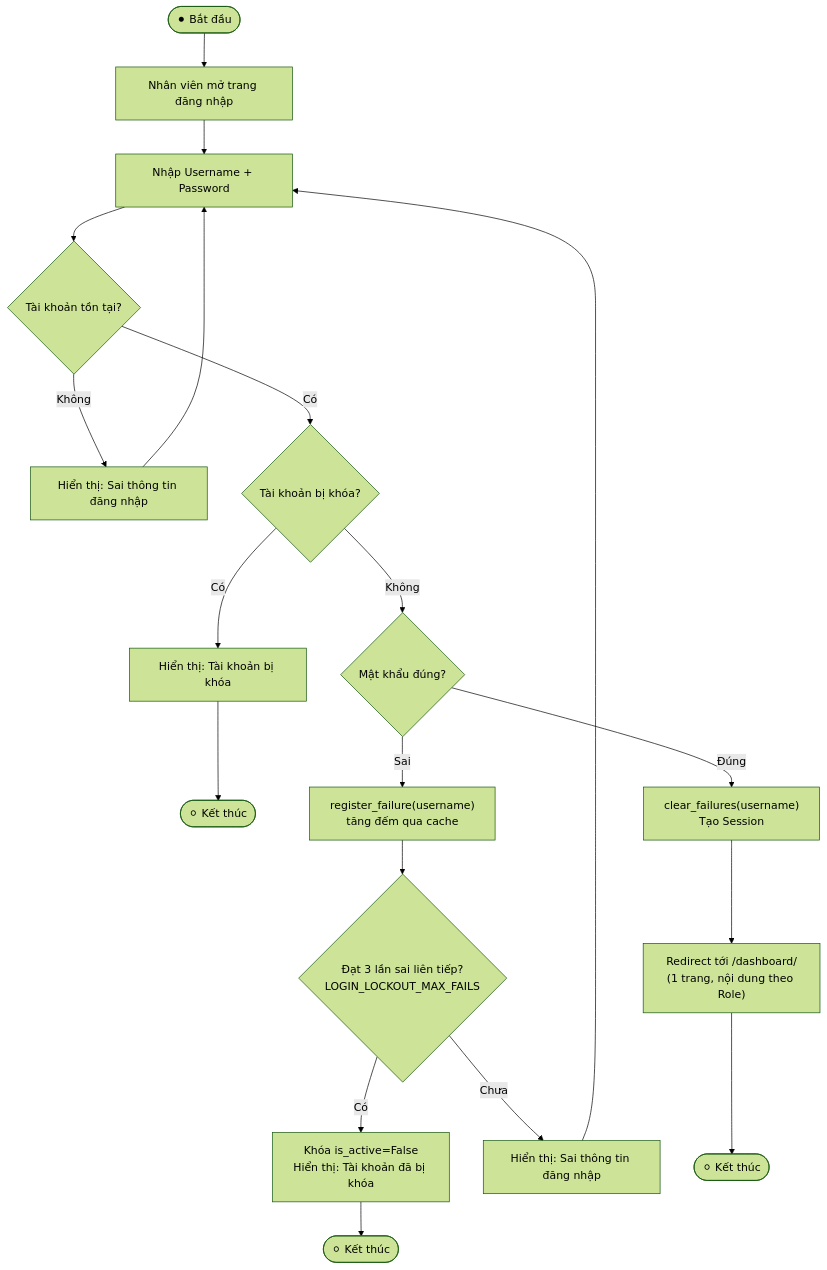
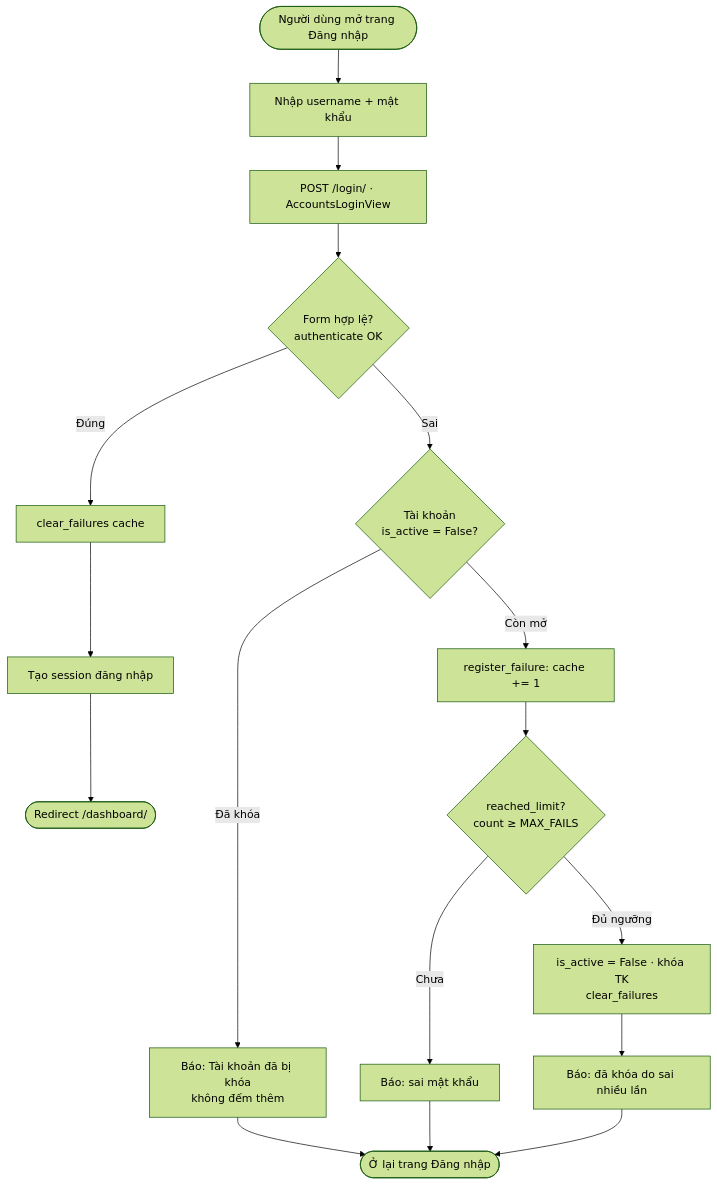
Before and after one commit to hohoangluan/Business_web_project: the first of 58 diagrams in activity_diagrams.md, drawn with Mermaid (forest theme). The commit also changed other lines of this file and 488 other files, not shown here.

Commit message:
Chỉnh lại testcase và kiểm thử testcase mới, diagram, chỉnh code dựa trên diagram dúng

````diff
--- a/activity_diagrams.md
+++ b/activity_diagrams.md
@@ -22,22 +13,19 @@
 ```mermaid
 flowchart TD
-    Start(["⚫ Bắt đầu"])
-    Start --> A1["Nhân viên mở trang đăng nhập"]
-    A1 --> A2["Nhập Username + Password"]
-    A2 --> D1{"Tài khoản tồn tại?"}
-    D1 -- Không --> E1["Hiển thị: Sai thông tin đăng nhập"]
-    E1 --> A2
-    D1 -- Có --> D2{"Tài khoản bị khóa?"}
-    D2 -- Có --> E2["Hiển thị: Tài khoản bị khóa"]
-    E2 --> End1(["⚪ Kết thúc"])
-    D2 -- Không --> D3{"Mật khẩu đúng?"}
-    D3 -- Sai --> A5["register_failure(username)<br/>tăng đếm qua cache"]
-    A5 --> D4{"Đạt 3 lần sai liên tiếp?<br/>LOGIN_LOCKOUT_MAX_FAILS"}
-    D4 -- Có --> E4["Khóa is_active=False<br/>Hiển thị: Tài khoản đã bị khóa"]
-    E4 --> End3(["⚪ Kết thúc"])
-    D4 -- Chưa --> E3["Hiển thị: Sai thông tin đăng nhập"]
-    E3 --> A2
-    D3 -- Đúng --> A3["clear_failures(username)<br/>Tạo Session"]
-    A3 --> A4["Redirect tới /dashboard/<br/>(1 trang, nội dung theo Role)"]
-    A4 --> End2(["⚪ Kết thúc"])
+  A([Người dùng mở trang Đăng nhập]) --> B[Nhập username + mật khẩu]
+  B --> C[POST /login/ · AccountsLoginView]
+  C --> D{Form hợp lệ?<br/>authenticate OK}
+  D -- Đúng --> E[clear_failures cache]
+  E --> F[Tạo session đăng nhập]
+  F --> G([Redirect /dashboard/])
+  D -- Sai --> H{Tài khoản<br/>is_active = False?}
+  H -- Đã khóa --> I[Báo: Tài khoản đã bị khóa<br/>không đếm thêm]
+  H -- Còn mở --> J[register_failure: cache += 1]
+  J --> K{reached_limit?<br/>count ≥ MAX_FAILS}
+  K -- Chưa --> L[Báo: sai mật khẩu]
+  K -- Đủ ngưỡng --> M[is_active = False · khóa TK<br/>clear_failures]
+  M --> N[Báo: đã khóa do sai nhiều lần]
+  I --> O([Ở lại trang Đăng nhập])
+  L --> O
+  N --> O
 ```
````
